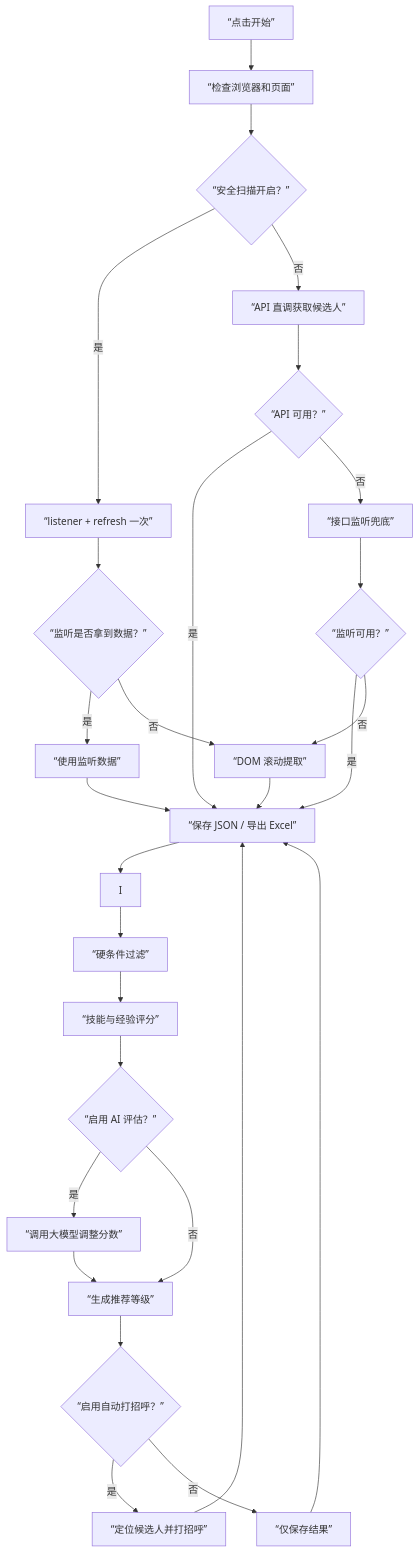
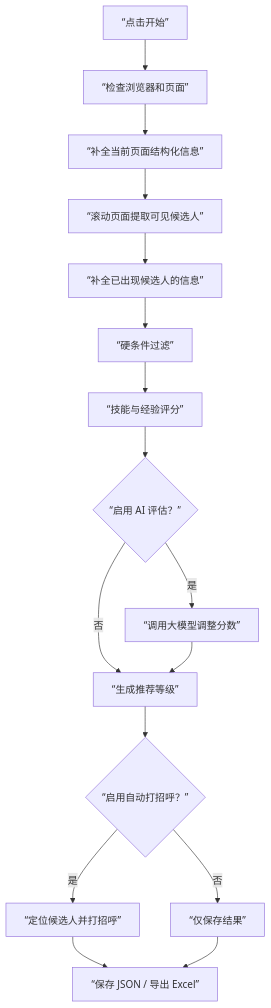
Before and after one commit to chenjinbo1991/boss-resume-filter: the second of 2 diagrams in docs/BOSS招聘系统操作说明-图文版.md, drawn with Mermaid. The commit also changed other lines of this file and 15 other files, not shown here.

````diff
--- a/docs/BOSS招聘系统操作说明-图文版.md
+++ b/docs/BOSS招聘系统操作说明-图文版.md
@@ -261,30 +259,18 @@
 ```mermaid
 flowchart TD
     A[“点击开始”] --> B[“检查浏览器和页面”]
-    B --> C{“安全扫描开启？”}
-    C -- 是 --> S1[“listener + refresh 一次”]
-    S1 --> S2{“监听是否拿到数据？”}
-    S2 -- 是 --> S3[“使用监听数据”]
-    S2 -- 否 --> S4[“DOM 滚动提取”]
-    C -- 否 --> D[“API 直调获取候选人”]
-    D --> E{“API 可用？”}
-    E -- 是 --> R[“使用结构化数据”]
-    E -- 否 --> F[“接口监听兜底”]
-    F --> G{“监听可用？”}
-    G -- 是 --> R
-    G -- 否 --> S4
-    S3 --> R
-    S4 --> R
-    R --> I
-    I --> J[“硬条件过滤”]
+    B --> C[“补全当前页面结构化信息”]
+    C --> D[“滚动页面提取可见候选人”]
+    D --> E[“补全已出现候选人的信息”]
+    E --> J[“硬条件过滤”]
     J --> K[“技能与经验评分”]
     K --> L{“启用 AI 评估？”}
     L -- 是 --> M[“调用大模型调整分数”]
     L -- 否 --> N[“生成推荐等级”]
     M --> N
     N --> O{“启用自动打招呼？”}
     O -- 是 --> P[“定位候选人并打招呼”]
     O -- 否 --> Q[“仅保存结果”]
     P --> R[“保存 JSON / 导出 Excel”]
     Q --> R
 ```
````
